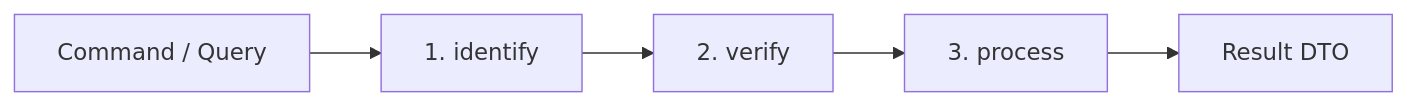
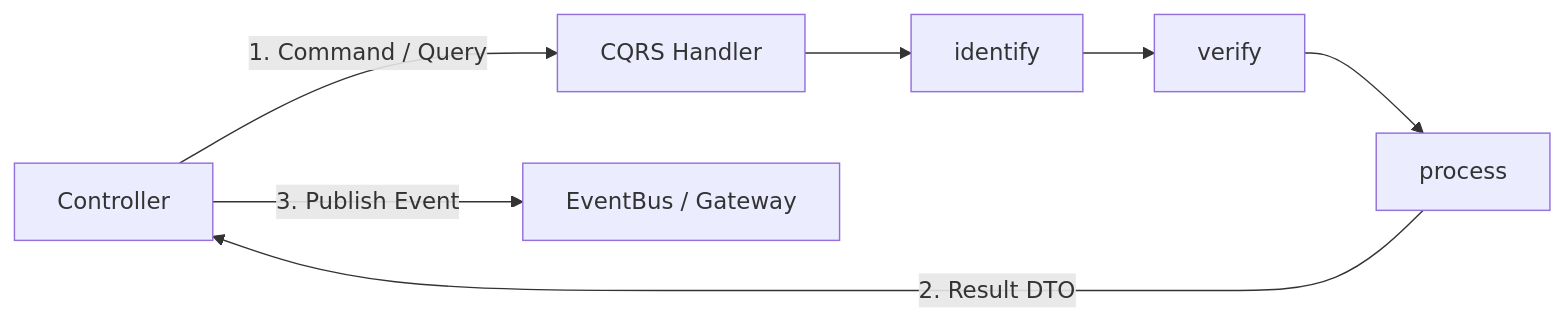
Before and after one commit to JYK0128/web-framework-app: the second of 3 diagrams in .agents/skills/fullstack-integration/SKILL.md, drawn with Mermaid. The commit also changed other lines of this file and 183 other files, not shown here.

````diff
--- a/.agents/skills/fullstack-integration/SKILL.md
+++ b/.agents/skills/fullstack-integration/SKILL.md
@@ -38,7 +38,9 @@
 ```mermaid
 flowchart LR
-    A[Command / Query] --> B[1. identify]
-    B --> C[2. verify]
-    C --> D[3. process]
-    D --> E[Result DTO]
+    Ctrl[Controller] -->|1. Command / Query| A[CQRS Handler]
+    A --> B[identify]
+    B --> C[verify]
+    C --> D[process]
+    D -->|2. Result DTO| Ctrl
+    Ctrl -->|3. Publish Event| EB[EventBus / Gateway]
 ```
````
